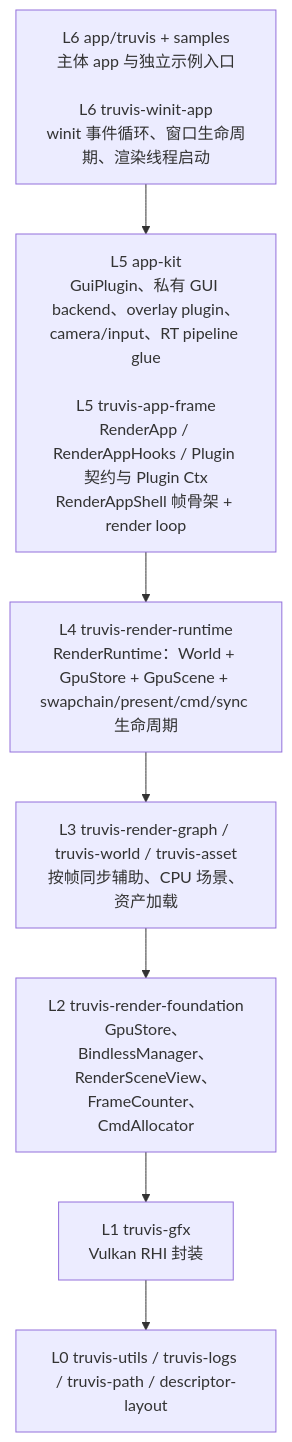
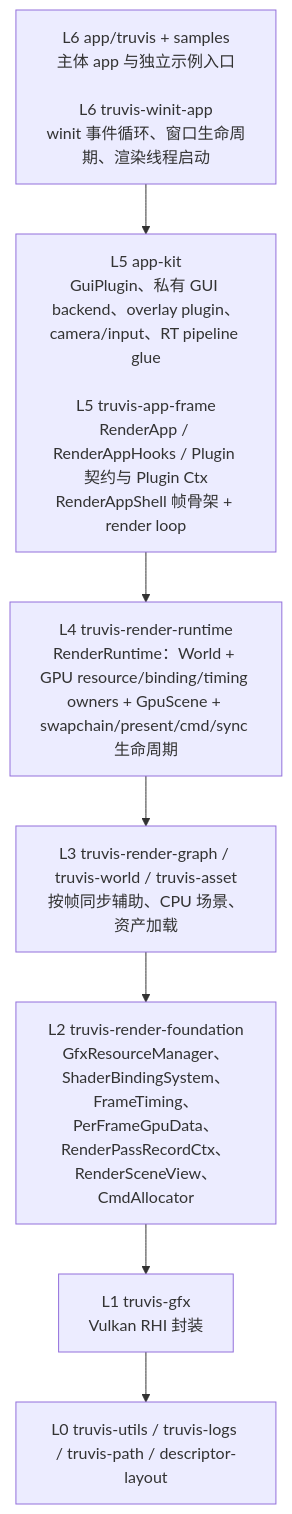
One commit to acccoco/TruvisRenderer changed the first of 2 diagrams in docs/summaries/layering-and-dependency-boundaries.md. Above: the diagram before and after it, drawn with Mermaid. The commit also changed 51 other files, not shown here.

Commit message:
refactor 拆分 GpuStore

````diff
--- a/docs/summaries/layering-and-dependency-boundaries.md
+++ b/docs/summaries/layering-and-dependency-boundaries.md
@@ -9,11 +9,11 @@
 ```mermaid
 flowchart TB
     L6["L6 app/truvis + samples<br/>主体 app 与独立示例入口<br/><br/>L6 truvis-winit-app<br/>winit 事件循环、窗口生命周期、渲染线程启动"]
     L5["L5 app-kit<br/>GuiPlugin、私有 GUI backend、overlay plugin、camera/input、RT pipeline glue<br/><br/>L5 truvis-app-frame<br/>RenderApp / RenderAppHooks / Plugin 契约与 Plugin Ctx<br/>RenderAppShell 帧骨架 + render loop"]
-    L4["L4 truvis-render-runtime<br/>RenderRuntime：World + GpuStore + GpuScene + swapchain/present/cmd/sync 生命周期"]
+    L4["L4 truvis-render-runtime<br/>RenderRuntime：World + GPU resource/binding/timing owners + GpuScene + swapchain/present/cmd/sync 生命周期"]
     L3["L3 truvis-render-graph / truvis-world / truvis-asset<br/>按帧同步辅助、CPU 场景、资产加载"]
-    L2["L2 truvis-render-foundation<br/>GpuStore、BindlessManager、RenderSceneView、FrameCounter、CmdAllocator"]
+    L2["L2 truvis-render-foundation<br/>GfxResourceManager、ShaderBindingSystem、FrameTiming、PerFrameGpuData、RenderPassRecordCtx、RenderSceneView、CmdAllocator"]
     L1["L1 truvis-gfx<br/>Vulkan RHI 封装"]
     L0["L0 truvis-utils / truvis-logs / truvis-path / descriptor-layout"]
     L6 --> L5 --> L4 --> L3 --> L2 --> L1 --> L0
 ```
````
